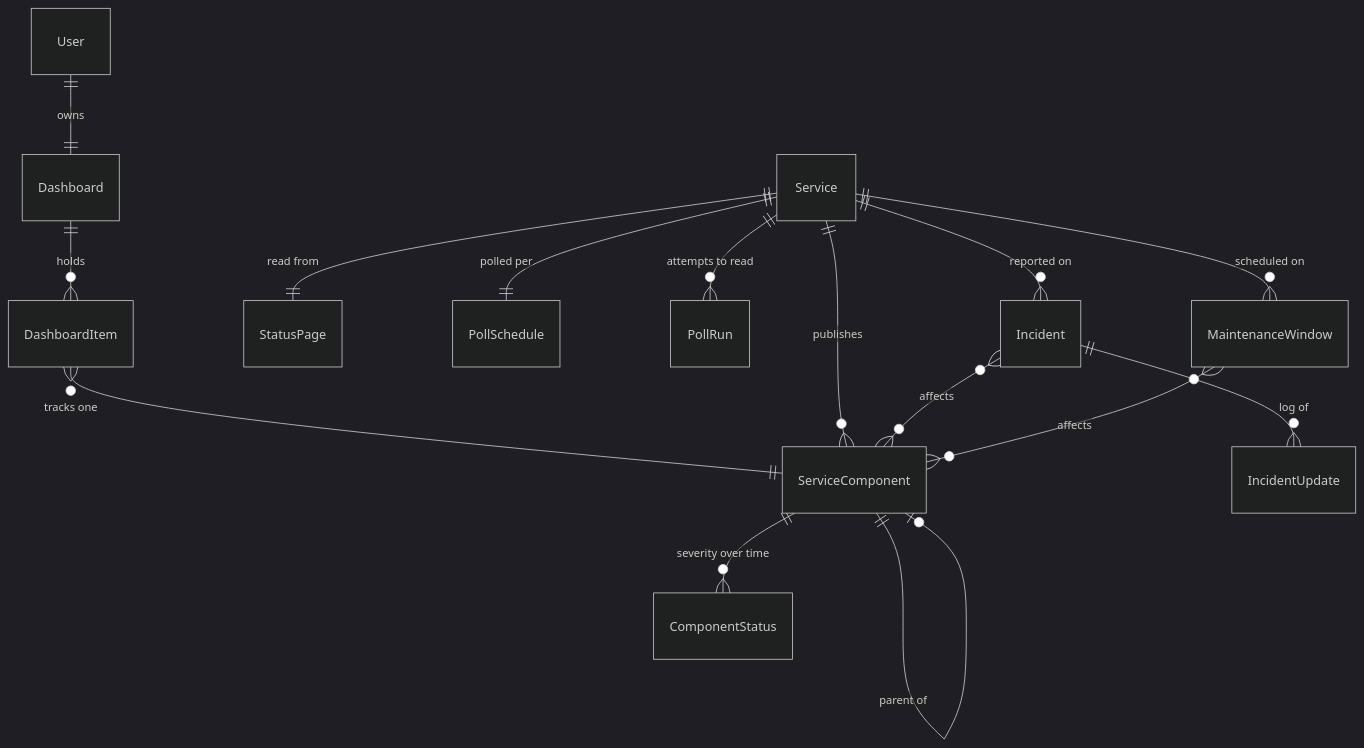
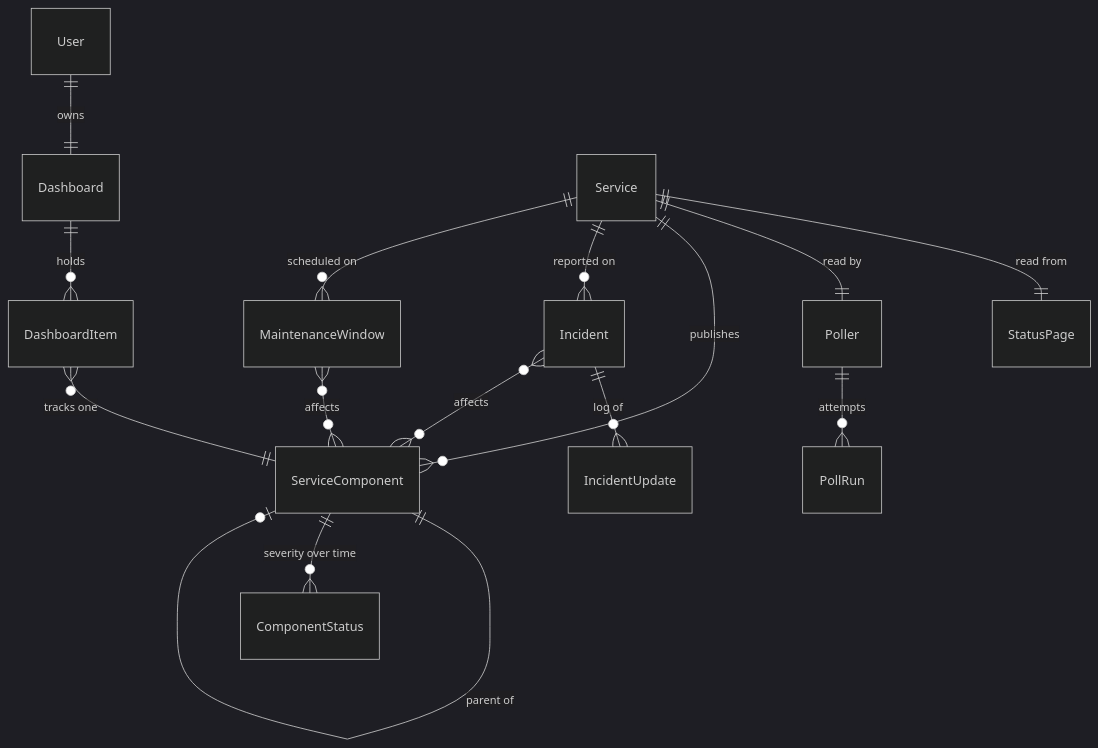
One commit to thalida/statusboard changed the first of 2 diagrams in docs/specs/2026-08-23-statusboard-design.md. Above: the diagram before and after it, drawn with Mermaid (dark theme). The commit also changed other lines of this file and 1 other file, not shown here.

First line of the commit message:
docs: a Poller reads a service, and runs belong to it

````diff
--- a/docs/specs/2026-08-23-statusboard-design.md
+++ b/docs/specs/2026-08-23-statusboard-design.md
@@ -84,19 +84,19 @@
 ```mermaid
 erDiagram
     User ||--|| Dashboard : owns
     Dashboard ||--o{ DashboardItem : holds
     DashboardItem }o--|| ServiceComponent : "tracks one"
 
     Service ||--|| StatusPage : "read from"
-    Service ||--|| PollSchedule : "polled per"
+    Service ||--|| Poller : "read by"
     Service ||--o{ ServiceComponent : publishes
     ServiceComponent ||--o| ServiceComponent : "parent of"
     ServiceComponent ||--o{ ComponentStatus : "severity over time"
 
-    Service ||--o{ PollRun : "attempts to read"
+    Poller ||--o{ PollRun : "attempts"
     Service ||--o{ Incident : "reported on"
     Service ||--o{ MaintenanceWindow : "scheduled on"
     Incident ||--o{ IncidentUpdate : "log of"
     Incident }o--o{ ServiceComponent : affects
     MaintenanceWindow }o--o{ ServiceComponent : affects
 ```
````
